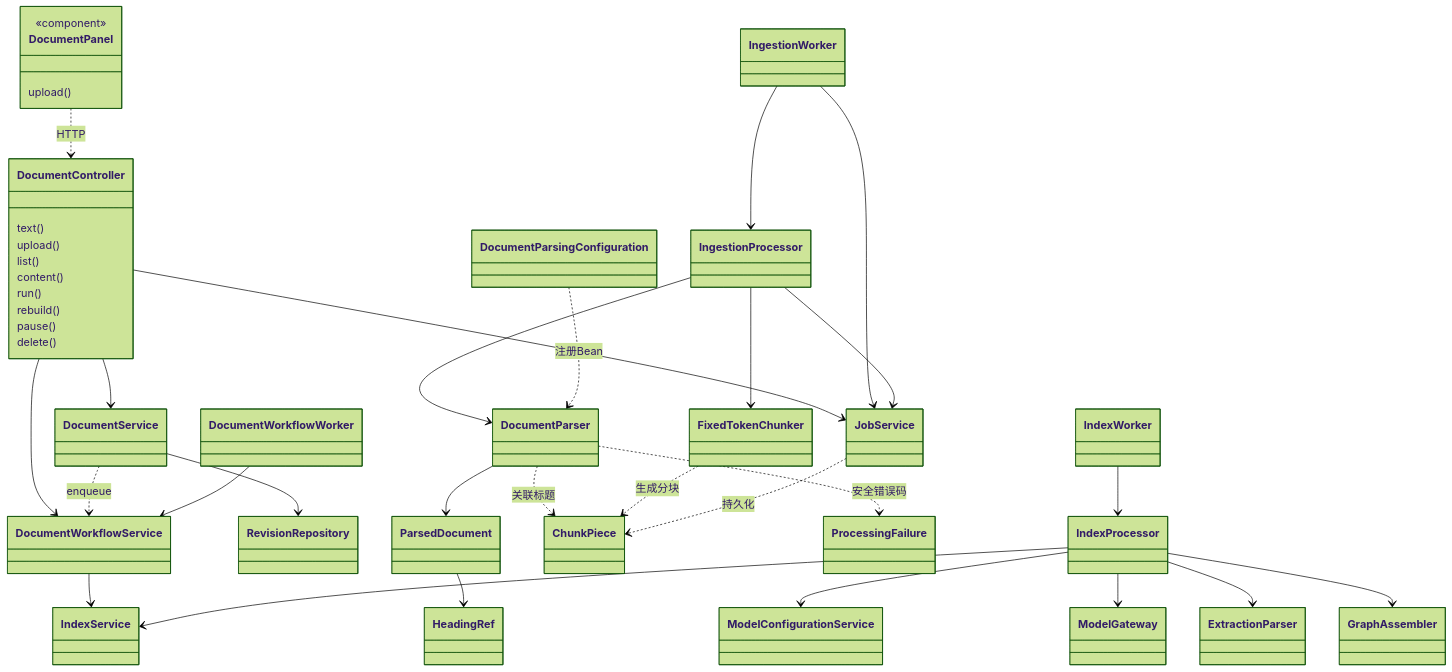
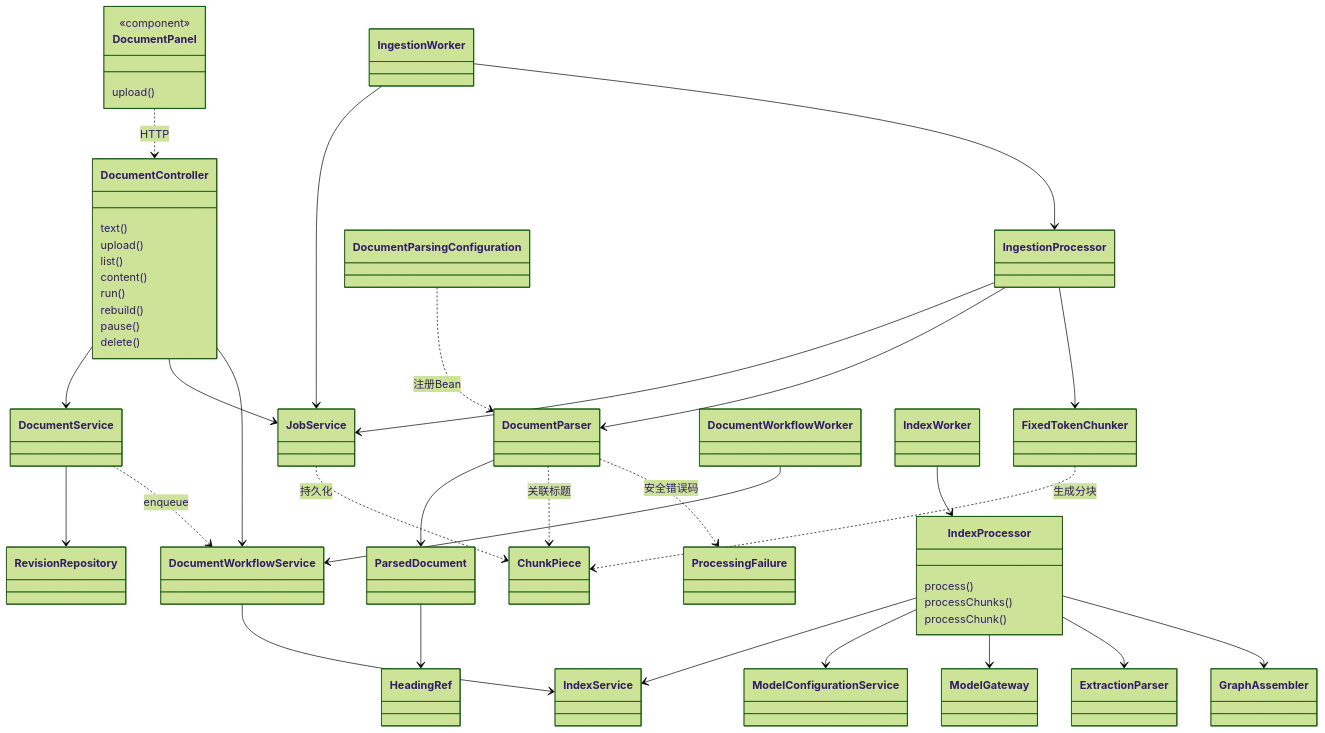
One commit to czhcc/TjLightRAG changed the first of 2 diagrams in docs/文档管理实现.md. Above: the diagram before and after it, drawn with Mermaid (forest theme). The commit also changed other lines of this file and 4 other files, not shown here.

Commit message:
feat: process index chunks with bounded concurrency of three

````diff
--- a/docs/文档管理实现.md
+++ b/docs/文档管理实现.md
@@ -22,43 +22,48 @@
 ```mermaid
 classDiagram
     class DocumentPanel {
       <<component>>
       upload()
     }
     class DocumentController {
       text()
       upload()
       list()
       content()
       run()
       rebuild()
       pause()
       delete()
+    }
+    class IndexProcessor {
+      process()
+      processChunks()
+      processChunk()
     }
     DocumentPanel ..> DocumentController : HTTP
     DocumentController --> DocumentService
     DocumentController --> JobService
     DocumentController --> DocumentWorkflowService
     DocumentService --> RevisionRepository
     DocumentService ..> DocumentWorkflowService : enqueue
     IngestionWorker --> JobService
     IngestionWorker --> IngestionProcessor
     IngestionProcessor --> JobService
     IngestionProcessor --> DocumentParser
     IngestionProcessor --> FixedTokenChunker
     DocumentParsingConfiguration ..> DocumentParser : 注册Bean
     DocumentParser --> ParsedDocument
     ParsedDocument --> HeadingRef
     DocumentParser ..> ChunkPiece : 关联标题
     DocumentParser ..> ProcessingFailure : 安全错误码
     FixedTokenChunker ..> ChunkPiece : 生成分块
     JobService ..> ChunkPiece : 持久化
     DocumentWorkflowWorker --> DocumentWorkflowService
     DocumentWorkflowService --> IndexService
     IndexWorker --> IndexProcessor
     IndexProcessor --> IndexService
     IndexProcessor --> ModelConfigurationService
     IndexProcessor --> ModelGateway
     IndexProcessor --> ExtractionParser
     IndexProcessor --> GraphAssembler
 ```
````
